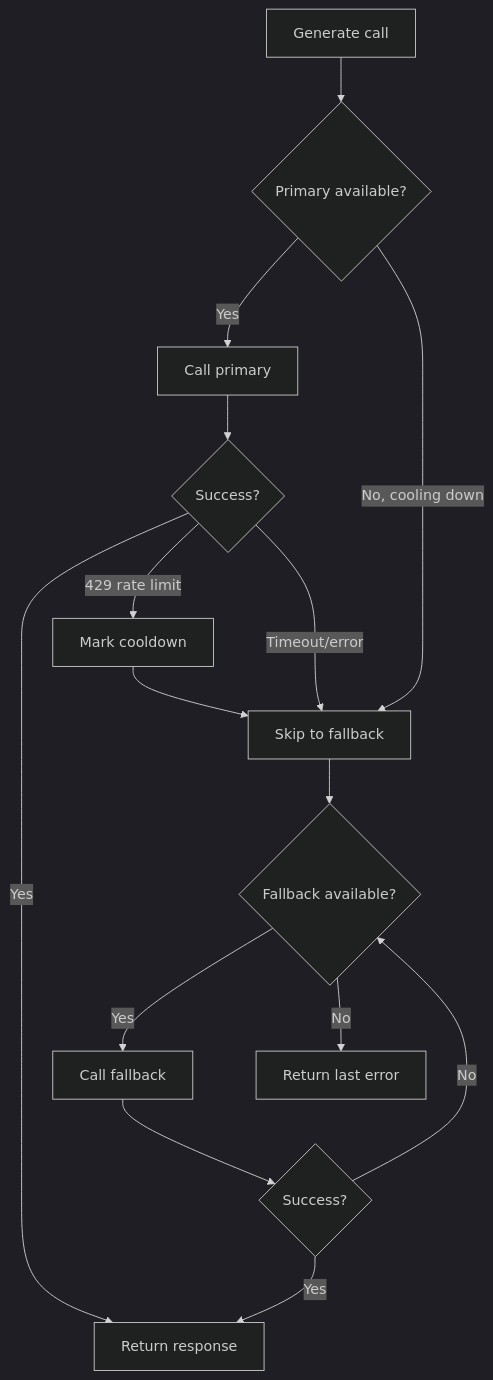
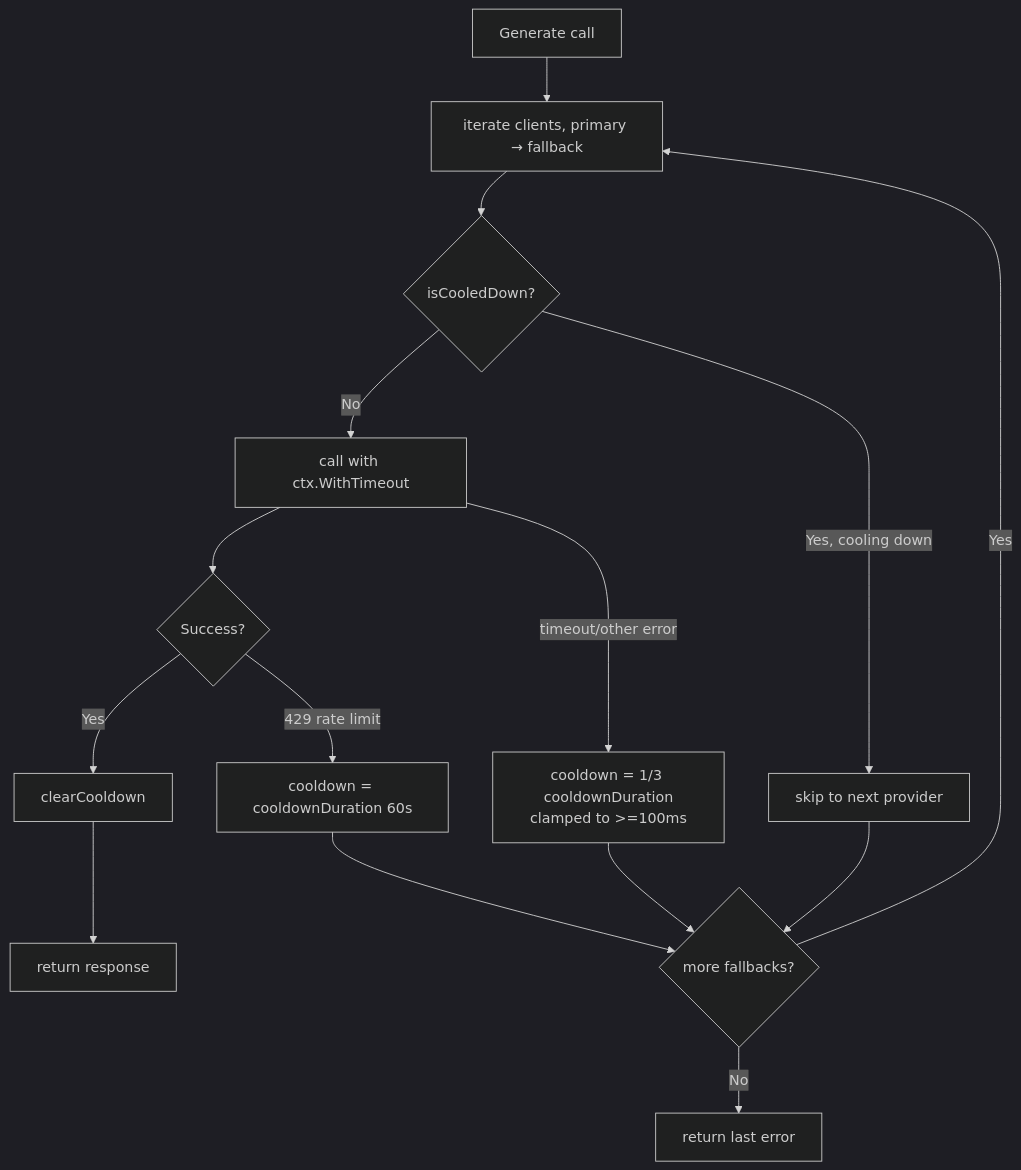
One commit to Timwood0x10/ARES changed the first of 3 diagrams in docs/articles/en/20-llm-client-layer.md. Above: the diagram before and after it, drawn with Mermaid (dark theme). The commit also changed other lines of this file and 2423 other files, not shown here.

````diff
--- a/docs/articles/en/20-llm-client-layer.md
+++ b/docs/articles/en/20-llm-client-layer.md
@@ -38,17 +72,14 @@
 ```mermaid
 flowchart TD
-    R[Generate call] --> P{Primary available?}
-    P -->|Yes| PC[Call primary]
-    P -->|No, cooling down| F[Skip to fallback]
-    PC --> S{Success?}
-    S -->|Yes| RET[Return response]
-    S -->|429 rate limit| CD[Mark cooldown]
-    CD --> F
-    S -->|Timeout/error| F
-    F --> FA{Fallback available?}
-    FA -->|Yes| FC[Call fallback]
-    FC --> S2{Success?}
-    S2 -->|Yes| RET
-    S2 -->|No| FA
-    FA -->|No| ERR[Return last error]
+    R[Generate call] --> L[iterate clients, primary → fallback]
+    L --> C{isCooledDown?}
+    C -->|Yes, cooling down| SKIP[skip to next provider]
+    C -->|No| CALL[call with ctx.WithTimeout]
+    CALL --> OK{Success?}
+    OK -->|Yes| CLR[clearCooldown] --> RET[return response]
+    OK -->|429 rate limit| CD1[cooldown = cooldownDuration 60s] --> NEXT
+    CALL -->|timeout/other error| CD2[cooldown = 1/3 cooldownDuration<br/>clamped to >=100ms] --> NEXT
+    SKIP --> NEXT
+    NEXT{more fallbacks?} -->|Yes| L
+    NEXT -->|No| ERR[return last error]
 ```
````
